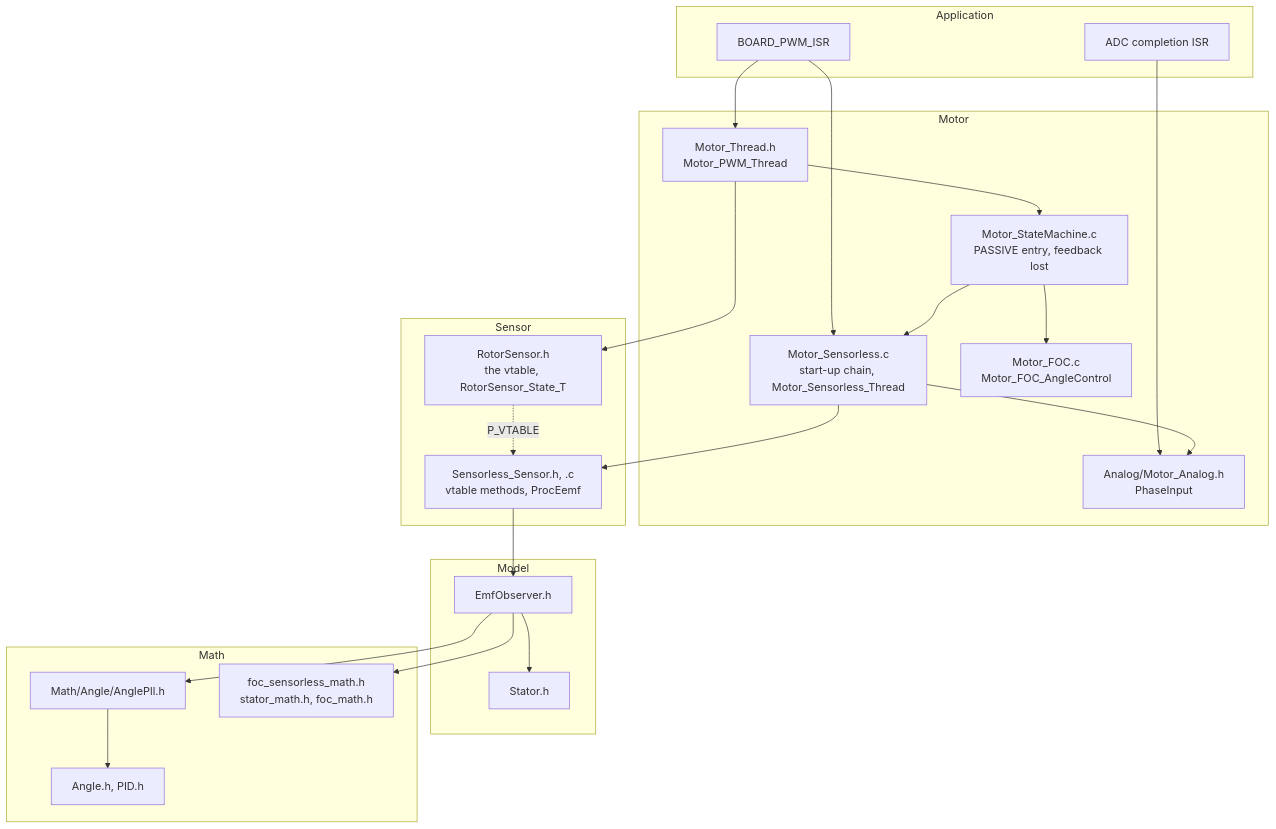
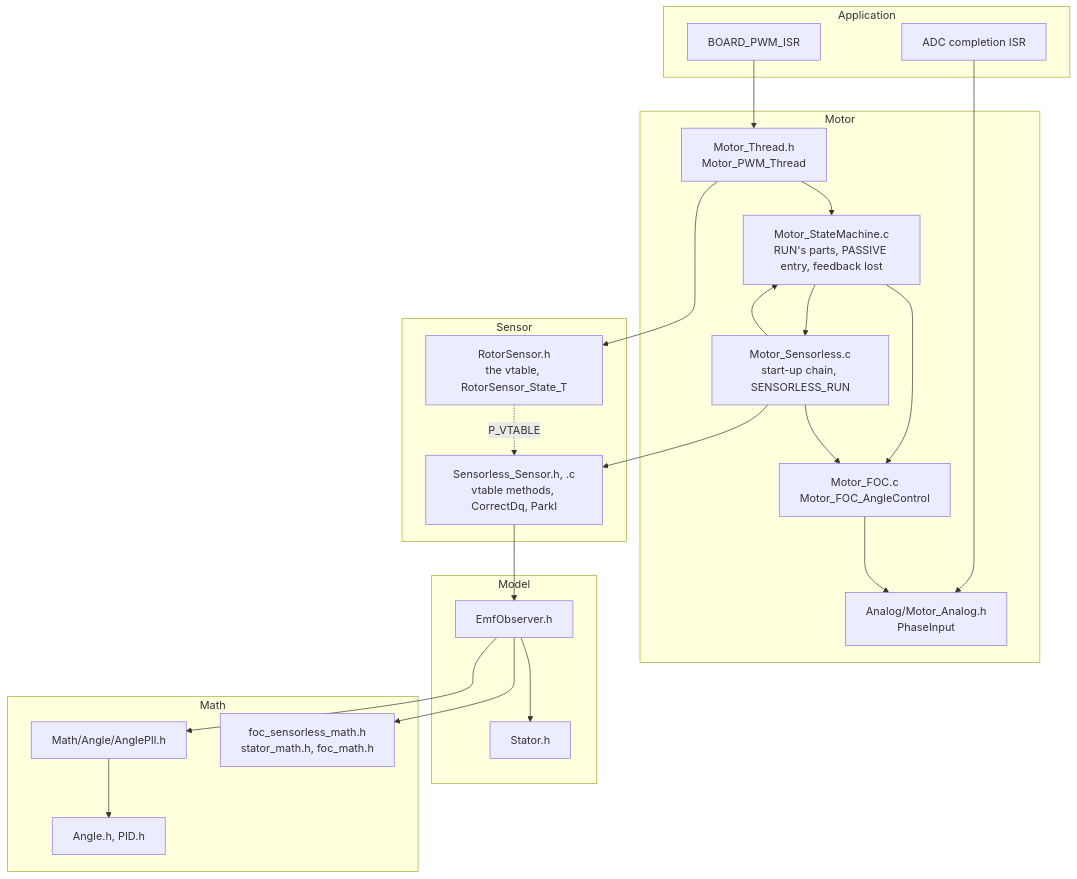
Before and after one commit to FireSourcery/FireSourcery_Library: the second of 9 diagrams in Motor/Docs/Sensorless.md, drawn with Mermaid. The commit also changed other lines of this file and 24 other files, not shown here.

````diff
--- a/Motor/Docs/Sensorless.md
+++ b/Motor/Docs/Sensorless.md
@@ -124,43 +125,44 @@
 ```mermaid
 flowchart TB
     subgraph App["Application"]
         PWM["BOARD_PWM_ISR"]
         ADC["ADC completion ISR"]
     end
     subgraph MotorLayer["Motor"]
         Thread["Motor_Thread.h<br/>Motor_PWM_Thread"]
-        SM["Motor_StateMachine.c<br/>PASSIVE entry, feedback lost"]
-        Chain["Motor_Sensorless.c<br/>start-up chain, Motor_Sensorless_Thread"]
+        SM["Motor_StateMachine.c<br/>RUN's parts, PASSIVE entry, feedback lost"]
+        Chain["Motor_Sensorless.c<br/>start-up chain, SENSORLESS_RUN"]
         FOCm["Motor_FOC.c<br/>Motor_FOC_AngleControl"]
         Analog["Analog/Motor_Analog.h<br/>PhaseInput"]
     end
     subgraph SensorLayer["Sensor"]
         RS["RotorSensor.h<br/>the vtable, RotorSensor_State_T"]
-        Adapter["Sensorless_Sensor.h, .c<br/>vtable methods, ProcEemf"]
+        Adapter["Sensorless_Sensor.h, .c<br/>vtable methods, CorrectDq, ParkI"]
     end
     subgraph ModelLayer["Model"]
         Obs["EmfObserver.h"]
         Stator["Stator.h"]
     end
     subgraph MathLayer["Math"]
         Pll["Math/Angle/AnglePll.h"]
         SMath["foc_sensorless_math.h<br/>stator_math.h, foc_math.h"]
         Base["Angle.h, PID.h"]
     end
 
     PWM --> Thread
-    PWM --> Chain
     ADC --> Analog
     Thread --> RS
     Thread --> SM
     SM --> Chain
     SM --> FOCm
     RS -. P_VTABLE .-> Adapter
     Chain --> Adapter
-    Chain --> Analog
+    Chain --> SM
+    Chain --> FOCm
+    FOCm --> Analog
     Adapter --> Obs
     Obs --> Stator
     Obs --> Pll
     Obs --> SMath
     Pll --> Base
 ```
````
